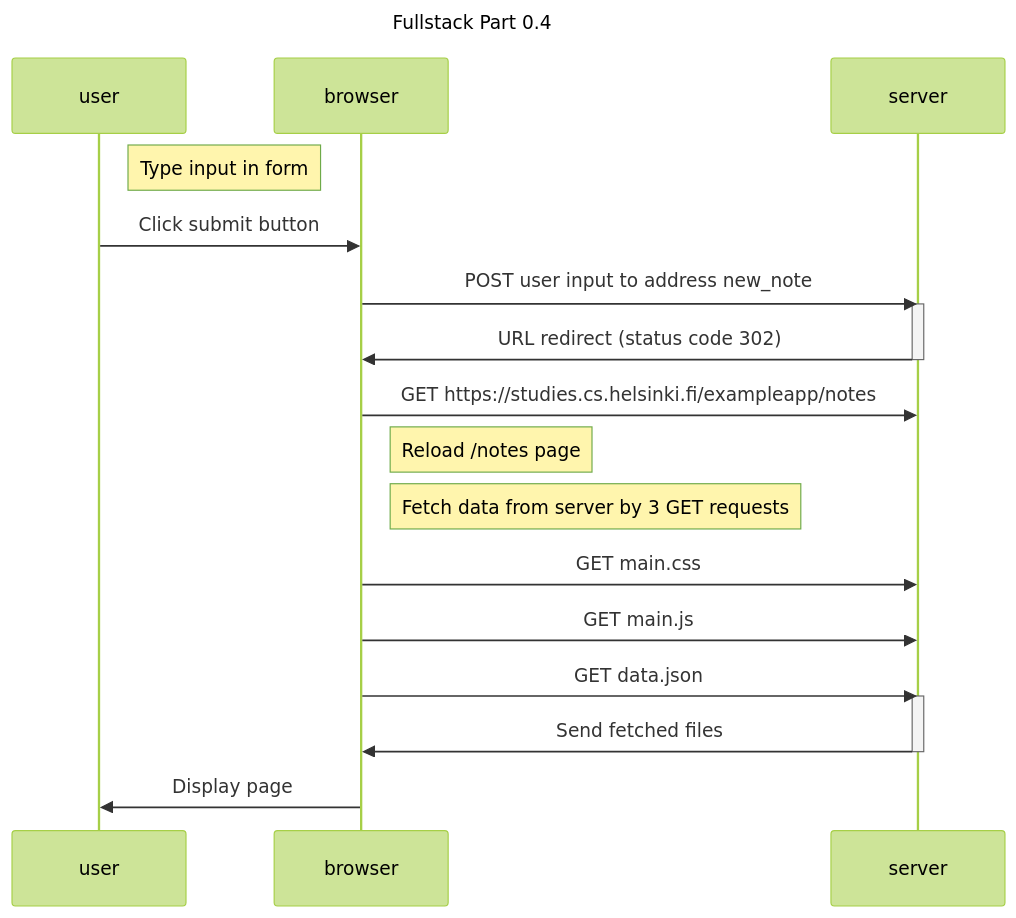
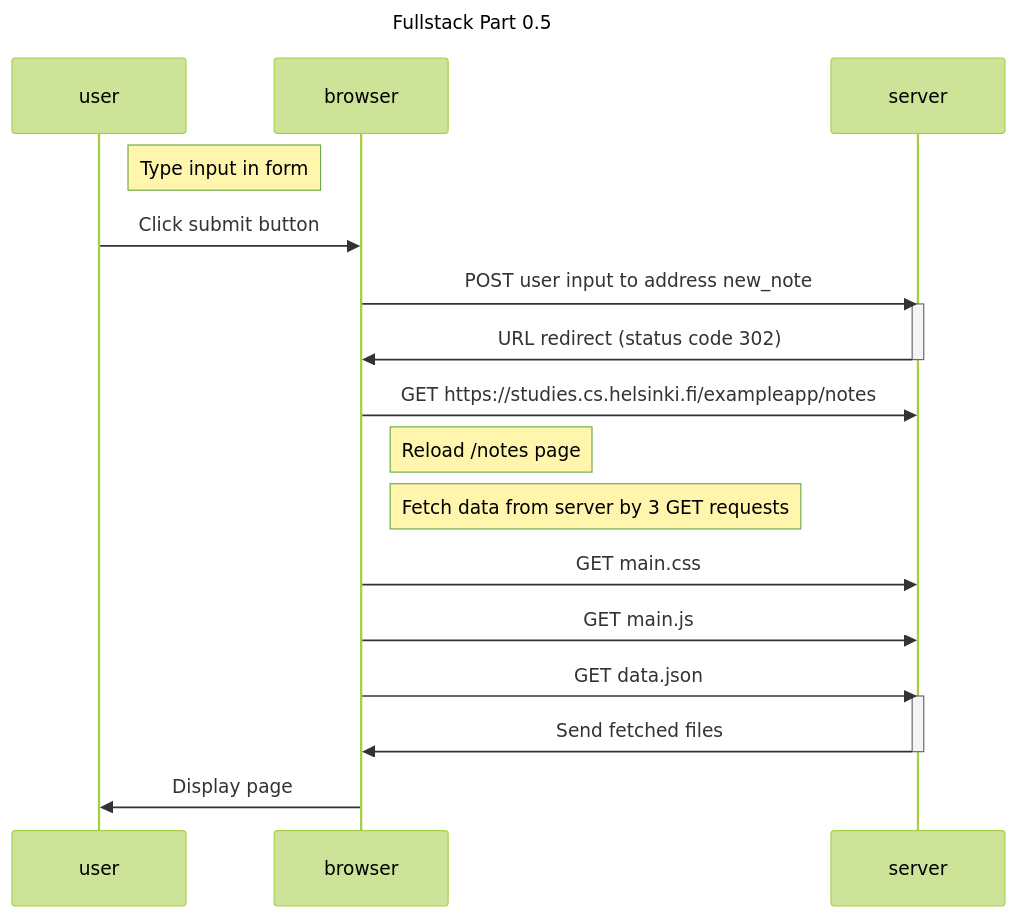
One commit to vesalainen/fso23 changed the diagram in part0/part0.4.md. Above: the diagram before and after it, drawn with Mermaid (forest theme). The commit also changed other lines of this file and 1 other file, not shown here.

Commit message:
Part 0.5 done

````diff
--- a/part0/part0.4.md
+++ b/part0/part0.4.md
@@ -1,28 +5,28 @@
 ```mermaid
 sequenceDiagram
-    title Fullstack Part 0.4
+    title Fullstack Part 0.5
 
     participant user
     participant browser
     participant server
 
     Note right of user: Type input in form
     user->>browser: Click submit button
 
     browser->>server: POST user input to address new_note
     activate server
     server->>browser: URL redirect (status code 302)
     deactivate server
 
     browser->>server: GET https://studies.cs.helsinki.fi/exampleapp/notes
     Note right of browser: Reload /notes page
     note right of browser: Fetch data from server by 3 GET requests
     browser->>server: GET main.css
     browser->>server: GET main.js
     browser->>server: GET data.json
     activate server
     server->>browser: Send fetched files
     deactivate server
 
     browser->>user: Display page
 ```
````
